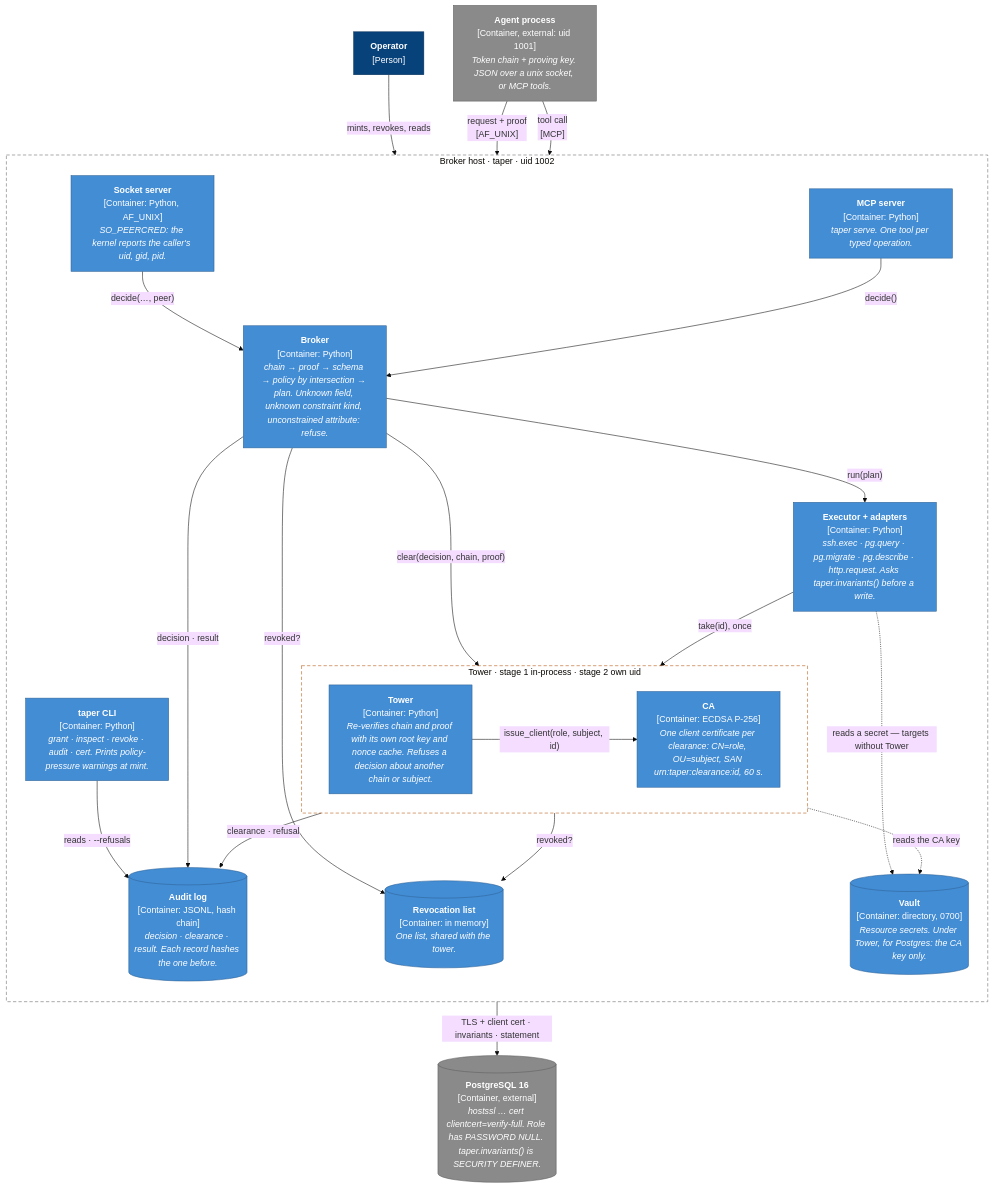
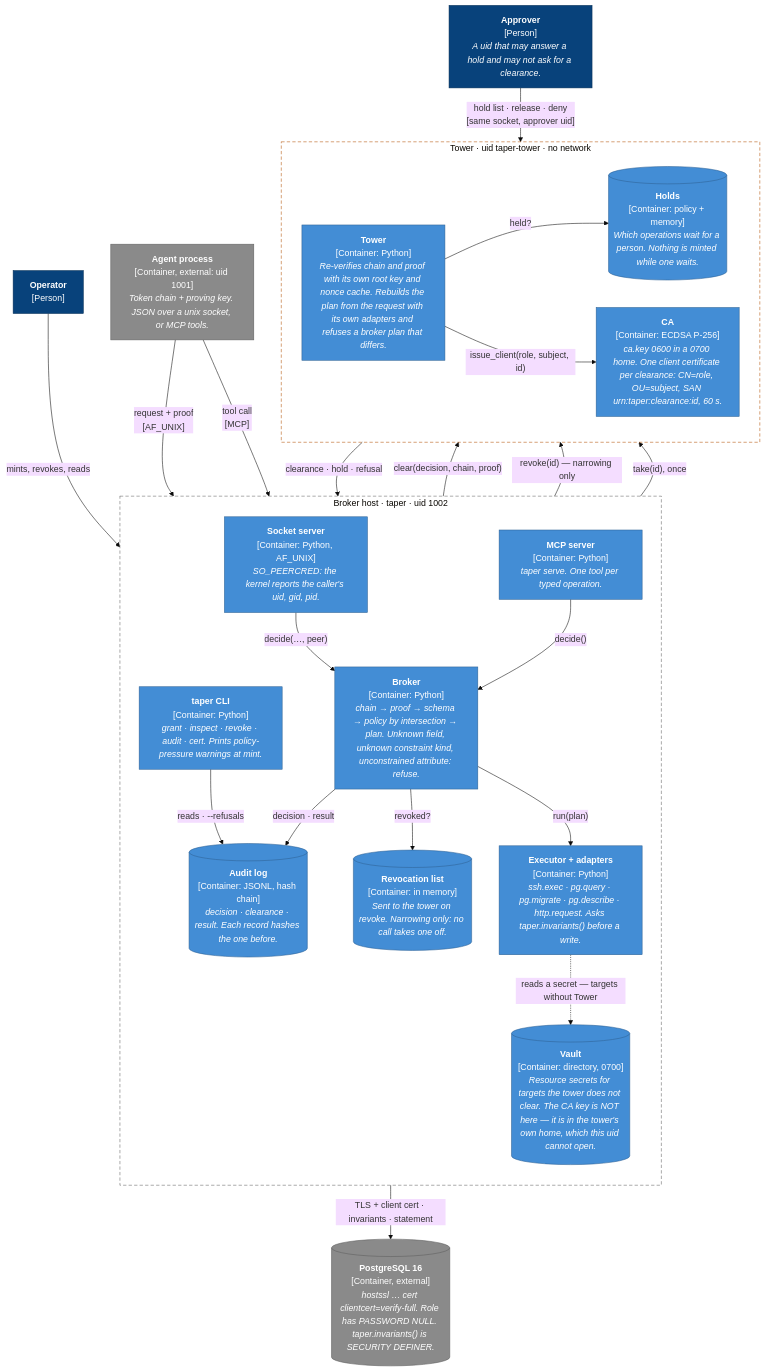
One commit to Walex4/taper changed the second of 7 diagrams in docs/diagrams.md. Above: the diagram before and after it, drawn with Mermaid (base theme). The commit also changed other lines of this file and 22 other files, not shown here.

````diff
--- a/docs/diagrams.md
+++ b/docs/diagrams.md
@@ -72,53 +74,57 @@
 ```mermaid
 flowchart TB
   operator["<b>Operator</b><br/>[Person]"]
   agent["<b>Agent process</b><br/>[Container, external: uid 1001]<br/><i>Token chain + proving key. JSON over a unix socket, or MCP tools.</i>"]
 
   subgraph host["Broker host · taper · uid 1002"]
     direction TB
     cli["<b>taper CLI</b><br/>[Container: Python]<br/><i>grant · inspect · revoke · audit · cert. Prints policy-pressure warnings at mint.</i>"]
     ipc["<b>Socket server</b><br/>[Container: Python, AF_UNIX]<br/><i>SO_PEERCRED: the kernel reports the caller's uid, gid, pid.</i>"]
     mcp["<b>MCP server</b><br/>[Container: Python]<br/><i>taper serve. One tool per typed operation.</i>"]
     broker["<b>Broker</b><br/>[Container: Python]<br/><i>chain → proof → schema → policy by intersection → plan. Unknown field, unknown constraint kind, unconstrained attribute: refuse.</i>"]
     exec["<b>Executor + adapters</b><br/>[Container: Python]<br/><i>ssh.exec · pg.query · pg.migrate · pg.describe · http.request. Asks taper.invariants() before a write.</i>"]
-    vault[("<b>Vault</b><br/>[Container: directory, 0700]<br/><i>Resource secrets. Under Tower, for Postgres: the CA key only.</i>")]
+    vault[("<b>Vault</b><br/>[Container: directory, 0700]<br/><i>Resource secrets for targets the tower does not clear. The CA key is NOT here — it is in the tower's own home, which this uid cannot open.</i>")]
     audit[("<b>Audit log</b><br/>[Container: JSONL, hash chain]<br/><i>decision · clearance · result. Each record hashes the one before.</i>")]
-    revoked[("<b>Revocation list</b><br/>[Container: in memory]<br/><i>One list, shared with the tower.</i>")]
-    subgraph towerb["Tower · stage 1 in-process · stage 2 own uid"]
-      direction LR
-      tower["<b>Tower</b><br/>[Container: Python]<br/><i>Re-verifies chain and proof with its own root key and nonce cache. Refuses a decision about another chain or subject.</i>"]
-      ca["<b>CA</b><br/>[Container: ECDSA P-256]<br/><i>One client certificate per clearance: CN=role, OU=subject, SAN urn:taper:clearance:id, 60 s.</i>"]
-    end
+    revoked[("<b>Revocation list</b><br/>[Container: in memory]<br/><i>Sent to the tower on revoke. Narrowing only: no call takes one off.</i>")]
   end
+
+  subgraph towerb["Tower · uid taper-tower · no network"]
+    direction LR
+    tower["<b>Tower</b><br/>[Container: Python]<br/><i>Re-verifies chain and proof with its own root key and nonce cache. Rebuilds the plan from the request with its own adapters and refuses a broker plan that differs.</i>"]
+    ca["<b>CA</b><br/>[Container: ECDSA P-256]<br/><i>ca.key 0600 in a 0700 home. One client certificate per clearance: CN=role, OU=subject, SAN urn:taper:clearance:id, 60 s.</i>"]
+    holds[("<b>Holds</b><br/>[Container: policy + memory]<br/><i>Which operations wait for a person. Nothing is minted while one waits.</i>")]
+  end
+  approver["<b>Approver</b><br/>[Person]<br/><i>A uid that may answer a hold and may not ask for a clearance.</i>"]
 
   pg[("<b>PostgreSQL 16</b><br/>[Container, external]<br/><i>hostssl … cert clientcert=verify-full. Role has PASSWORD NULL. taper.invariants() is SECURITY DEFINER.</i>")]
 
   operator -- "mints, revokes, reads" --> cli
   cli -- "reads · --refusals" --> audit
   agent -- "request + proof<br/>[AF_UNIX]" --> ipc
   agent -- "tool call<br/>[MCP]" --> mcp
   ipc -- "decide(…, peer)" --> broker
   mcp -- "decide()" --> broker
   broker -- "revoked?" --> revoked
   broker -- "decision · result" --> audit
   broker -- "clear(decision, chain, proof)" --> tower
-  tower -- "revoked?" --> revoked
+  broker -- "revoke(id) — narrowing only" --> tower
+  tower -- "held?" --> holds
   tower -- "issue_client(role, subject, id)" --> ca
-  tower -- "clearance · refusal" --> audit
+  tower -- "clearance · hold · refusal" --> audit
+  approver -- "hold list · release · deny<br/>[same socket, approver uid]" --> tower
   broker -- "run(plan)" --> exec
   exec -- "take(id), once" --> tower
   exec -. "reads a secret — targets without Tower" .-> vault
-  ca -. "reads the CA key" .-> vault
   exec -- "TLS + client cert · invariants · statement" --> pg
 
   classDef person fill:#08427b,stroke:#052e56,color:#fff
   classDef container fill:#438dd5,stroke:#2e6295,color:#fff
   classDef store fill:#438dd5,stroke:#2e6295,color:#fff
   classDef ext fill:#8a8a8a,stroke:#5f5f5f,color:#fff
-  class operator person
+  class operator,approver person
   class cli,ipc,mcp,broker,exec,tower,ca container
-  class vault,audit,revoked store
+  class vault,audit,revoked,holds store
   class agent,pg ext
   style host fill:none,stroke:#666,stroke-dasharray:6 4
   style towerb fill:none,stroke:#b45309,stroke-dasharray:6 4
 ```
````
